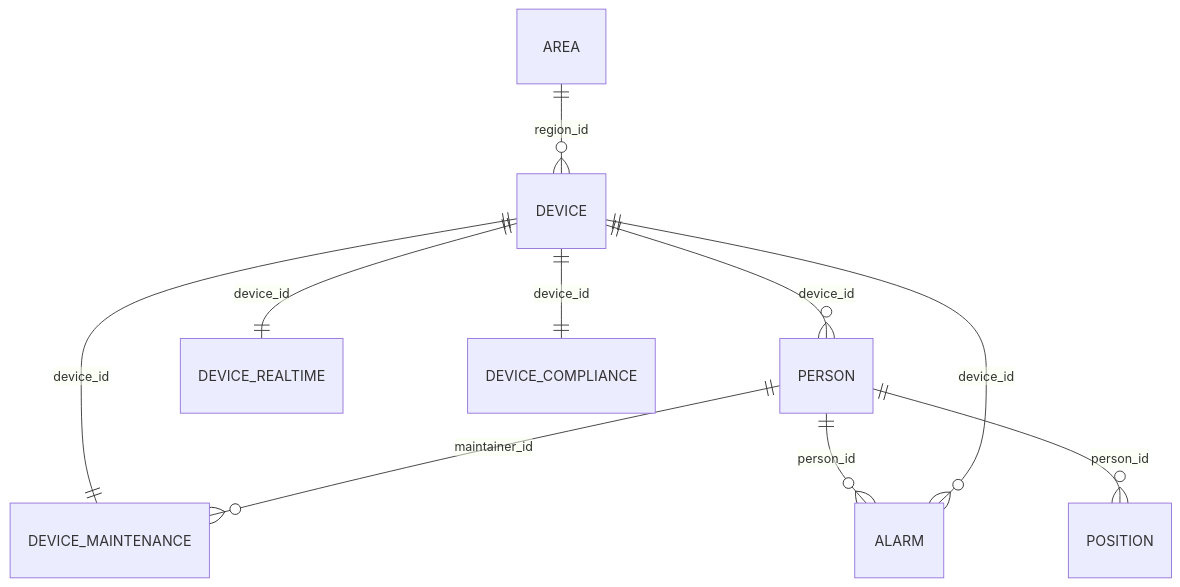
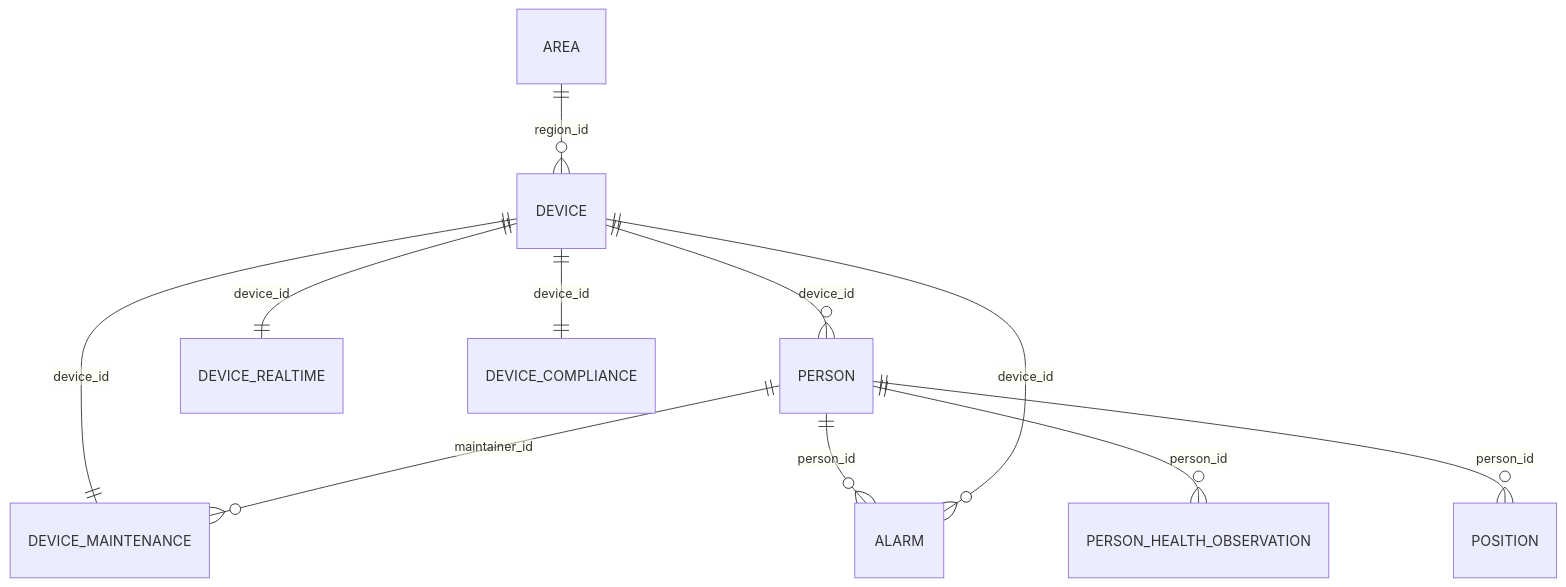
Before and after one commit to AlexDreemurr/PetroShield: the diagram in docs/for-ai/database-schema.md, drawn with Mermaid. The commit also changed other lines of this file and 7 other files, not shown here.

````diff
--- a/docs/for-ai/database-schema.md
+++ b/docs/for-ai/database-schema.md
@@ -27,12 +29,13 @@
 ```mermaid
 erDiagram
   AREA ||--o{ DEVICE : "region_id"
   DEVICE ||--o{ PERSON : "device_id"
   DEVICE ||--|| DEVICE_REALTIME : "device_id"
   DEVICE ||--|| DEVICE_MAINTENANCE : "device_id"
   DEVICE ||--|| DEVICE_COMPLIANCE : "device_id"
   PERSON ||--o{ DEVICE_MAINTENANCE : "maintainer_id"
   PERSON ||--o{ ALARM : "person_id"
+  PERSON ||--o{ PERSON_HEALTH_OBSERVATION : "person_id"
   DEVICE ||--o{ ALARM : "device_id"
   PERSON ||--o{ POSITION : "person_id"
 ```
````
